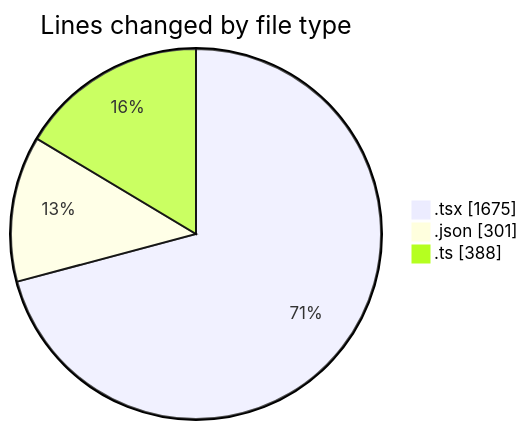
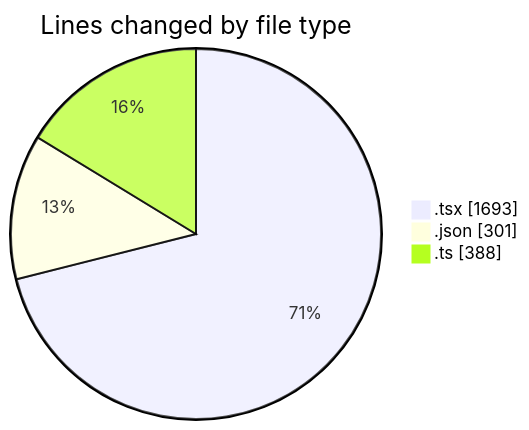
The first of 2 diagrams in 2025-10-11/eventscop-frontend-guide__workspace_/README.md (julien-gomy/code-tracking), drawn with Mermaid before and after one commit. The commit also changed other lines of this file and 1 other file, not shown here.

````diff
--- a/2025-10-11/eventscop-frontend-guide__workspace_/README.md
+++ b/2025-10-11/eventscop-frontend-guide__workspace_/README.md
@@ -37,7 +38,7 @@
 ```mermaid
 pie showData
 title Lines changed by file type
-".tsx" : 1675
+".tsx" : 1693
 ".json" : 301
 ".ts" : 388
 ```
````
